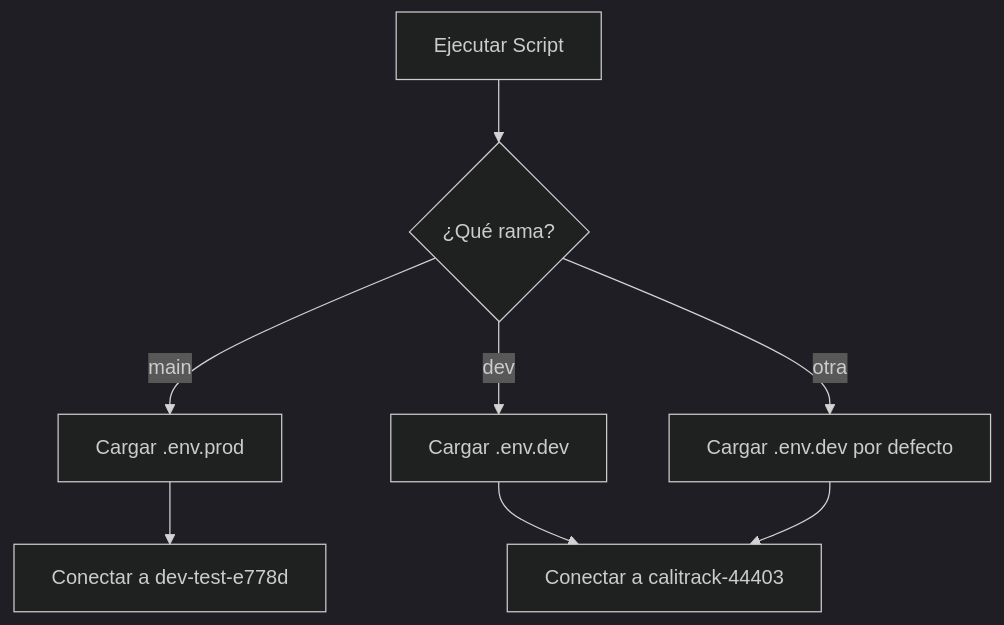
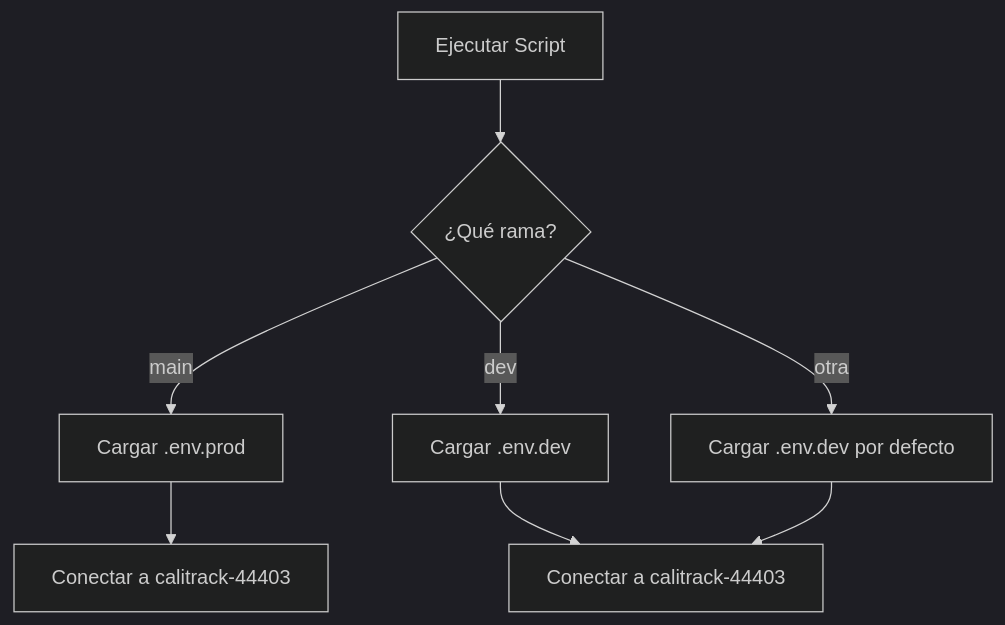
The diagram in docs/multi-environment-setup.md (Juanpgm/proyectos_cali_alcaldia_etl), drawn with Mermaid (dark theme) before and after one commit. The commit also changed other lines of this file and 124 other files, not shown here.

````diff
--- a/docs/multi-environment-setup.md
+++ b/docs/multi-environment-setup.md
@@ -49,10 +49,10 @@
 ```mermaid
 graph TD
     A[Ejecutar Script] --> B{¿Qué rama?}
     B -->|main| C[Cargar .env.prod]
     B -->|dev| D[Cargar .env.dev]
     B -->|otra| E[Cargar .env.dev por defecto]
-    C --> F[Conectar a dev-test-e778d]
+    C --> F[Conectar a calitrack-44403]
     D --> G[Conectar a calitrack-44403]
     E --> G
 ```
````
